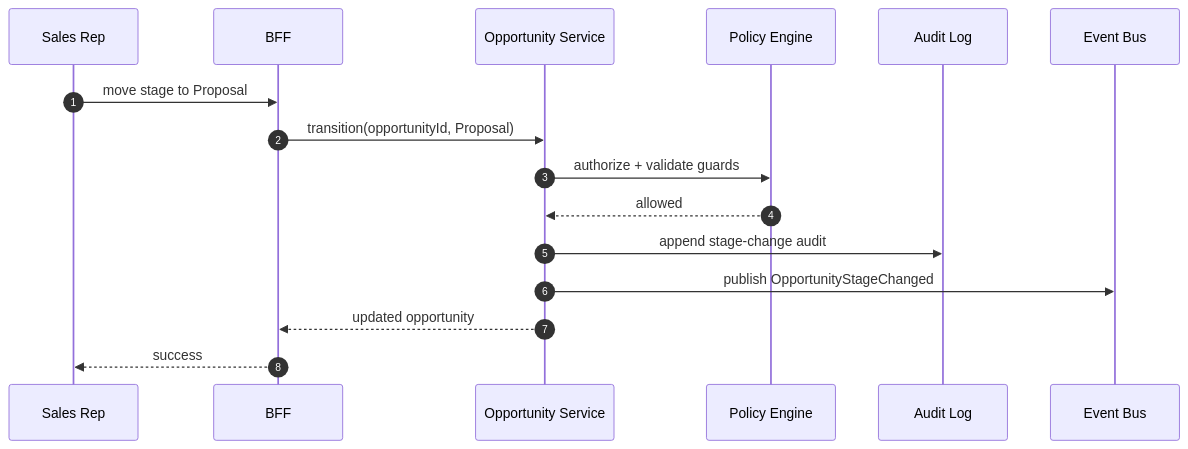
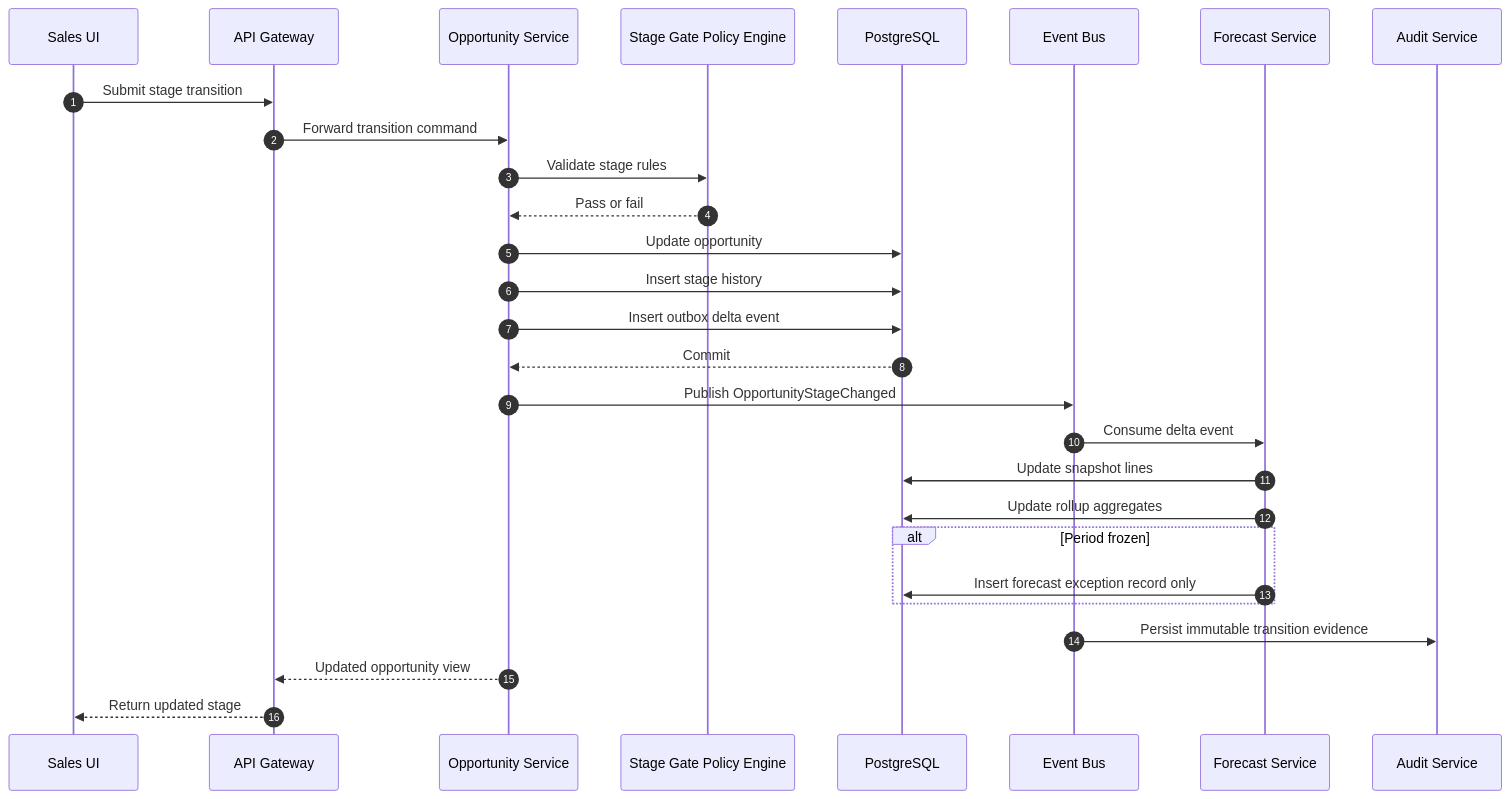
Before and after one commit to 0Ankit0/Project-Ideas: the third of 6 diagrams in Customer Relationship Management Platform/detailed-design/sequence-diagrams.md, drawn with Mermaid. The commit also changed other lines of this file and 17 other files, not shown here.

````diff
--- a/Customer Relationship Management Platform/detailed-design/sequence-diagrams.md
+++ b/Customer Relationship Management Platform/detailed-design/sequence-diagrams.md
@@ -30,19 +97,31 @@
 ```mermaid
 sequenceDiagram
     autonumber
-    participant Rep as Sales Rep
-    participant BFF as BFF
-    participant Opp as Opportunity Service
-    participant Policy as Policy Engine
-    participant Audit as Audit Log
+    participant UI as Sales UI
+    participant Gateway as API Gateway
+    participant OppSvc as Opportunity Service
+    participant Policy as Stage Gate Policy Engine
+    participant DB as PostgreSQL
     participant Bus as Event Bus
+    participant Forecast as Forecast Service
+    participant Audit as Audit Service
 
-    Rep->>BFF: move stage to Proposal
-    BFF->>Opp: transition(opportunityId, Proposal)
-    Opp->>Policy: authorize + validate guards
-    Policy-->>Opp: allowed
-    Opp->>Audit: append stage-change audit
-    Opp->>Bus: publish OpportunityStageChanged
-    Opp-->>BFF: updated opportunity
-    BFF-->>Rep: success
+    UI->>Gateway: Submit stage transition
+    Gateway->>OppSvc: Forward transition command
+    OppSvc->>Policy: Validate stage rules
+    Policy-->>OppSvc: Pass or fail
+    OppSvc->>DB: Update opportunity
+    OppSvc->>DB: Insert stage history
+    OppSvc->>DB: Insert outbox delta event
+    DB-->>OppSvc: Commit
+    OppSvc->>Bus: Publish OpportunityStageChanged
+    Bus->>Forecast: Consume delta event
+    Forecast->>DB: Update snapshot lines
+    Forecast->>DB: Update rollup aggregates
+    alt Period frozen
+        Forecast->>DB: Insert forecast exception record only
+    end
+    Bus->>Audit: Persist immutable transition evidence
+    OppSvc-->>Gateway: Updated opportunity view
+    Gateway-->>UI: Return updated stage
 ```
````
